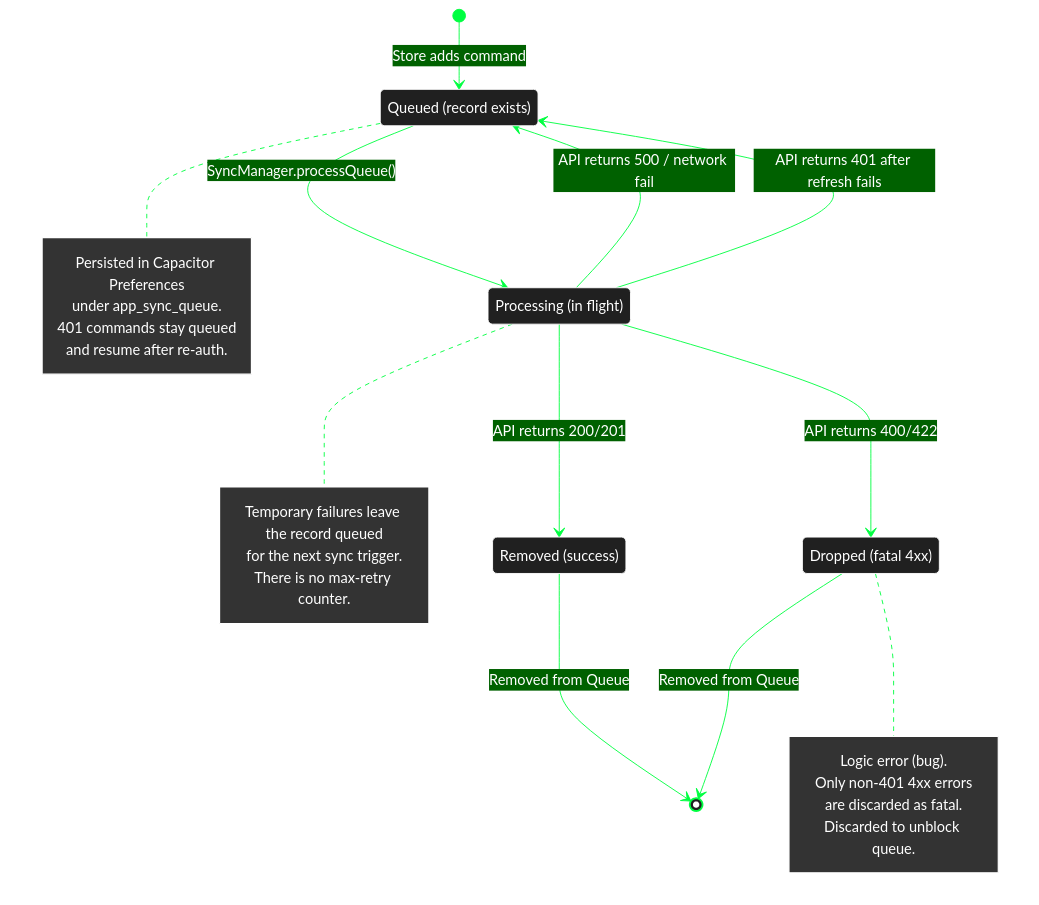
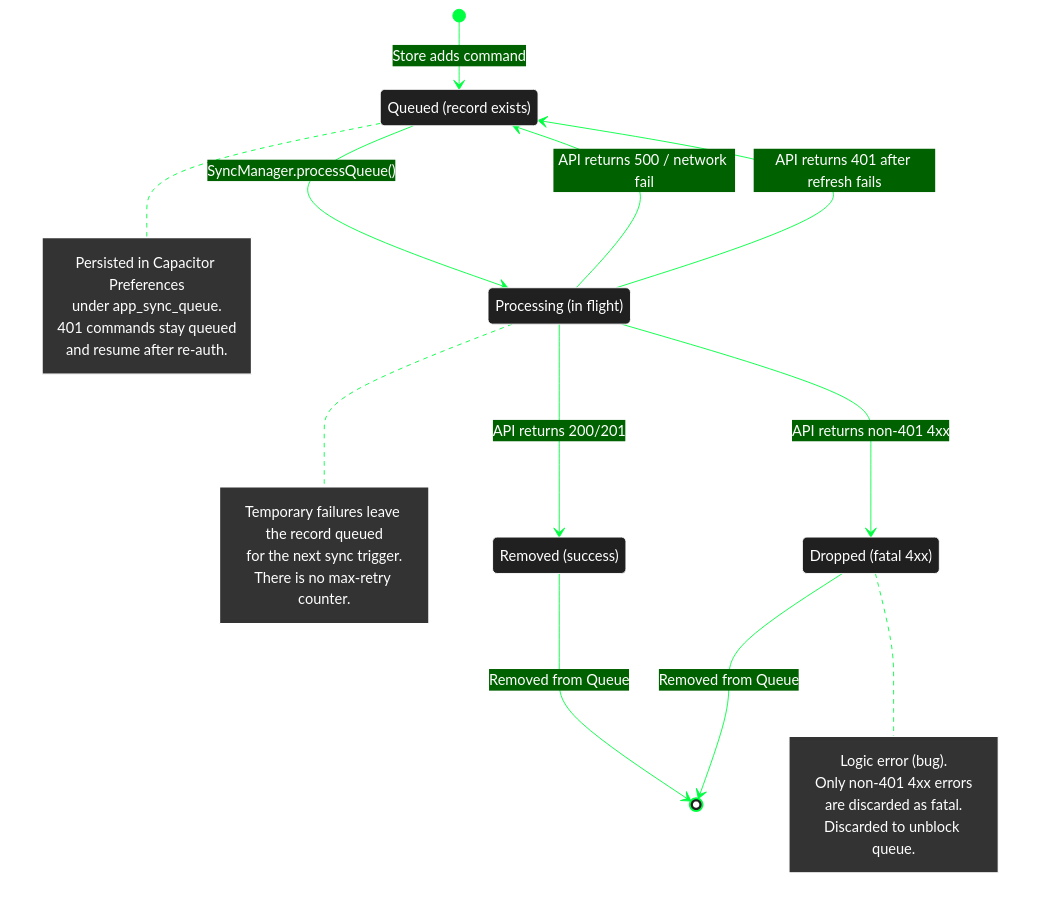
Before and after one commit to michaelgreenl/tally-tracker: the diagram in docs/diagrams/lifecycle/mutation-command.md, drawn with Mermaid. The commit also changed 14 other files, not shown here.

Commit message:
docs: diagram & generated prisma alignment

````diff
--- a/docs/diagrams/lifecycle/mutation-command.md
+++ b/docs/diagrams/lifecycle/mutation-command.md
@@ -5,56 +5,56 @@
 ```mermaid
 %%{
   init: {
     'theme': 'base',
     'themeVariables': {
       'primaryColor': '#202020',
       'primaryTextColor': '#fff',
       'primaryBorderColor': '#ffffff',
       'lineColor': '#00ff41',
       'secondaryColor': '#006100',
       'tertiaryColor': '#fff',
       'noteBkgColor': '#333',
       'noteTextColor': '#fff',
       'noteBorderColor': '#fff'
     }
   }
 }%%
 
 stateDiagram-v2
     [*] --> Pending: Store adds command
 
     state "Queued (record exists)" as Pending
     state "Processing (in flight)" as Processing
     state "Removed (success)" as Completed
     state "Dropped (fatal 4xx)" as Dropped
 
     Pending --> Processing: SyncManager.processQueue()
 
     Processing --> Completed: API returns 200/201
     Processing --> Pending: API returns 500 / network fail
     Processing --> Pending: API returns 401 after refresh fails
-    Processing --> Dropped: API returns 400/422
+    Processing --> Dropped: API returns non-401 4xx
 
     Completed --> [*]: Removed from Queue
     Dropped --> [*]: Removed from Queue
 
     note right of Pending
         Persisted in Capacitor Preferences
         under app_sync_queue.
         401 commands stay queued
         and resume after re-auth.
     end note
 
     note right of Processing
         Temporary failures leave the record queued
         for the next sync trigger.
         There is no max-retry counter.
     end note
 
     note right of Dropped
         Logic error (bug).
         Only non-401 4xx errors
         are discarded as fatal.
         Discarded to unblock queue.
     end note
 ```
````
